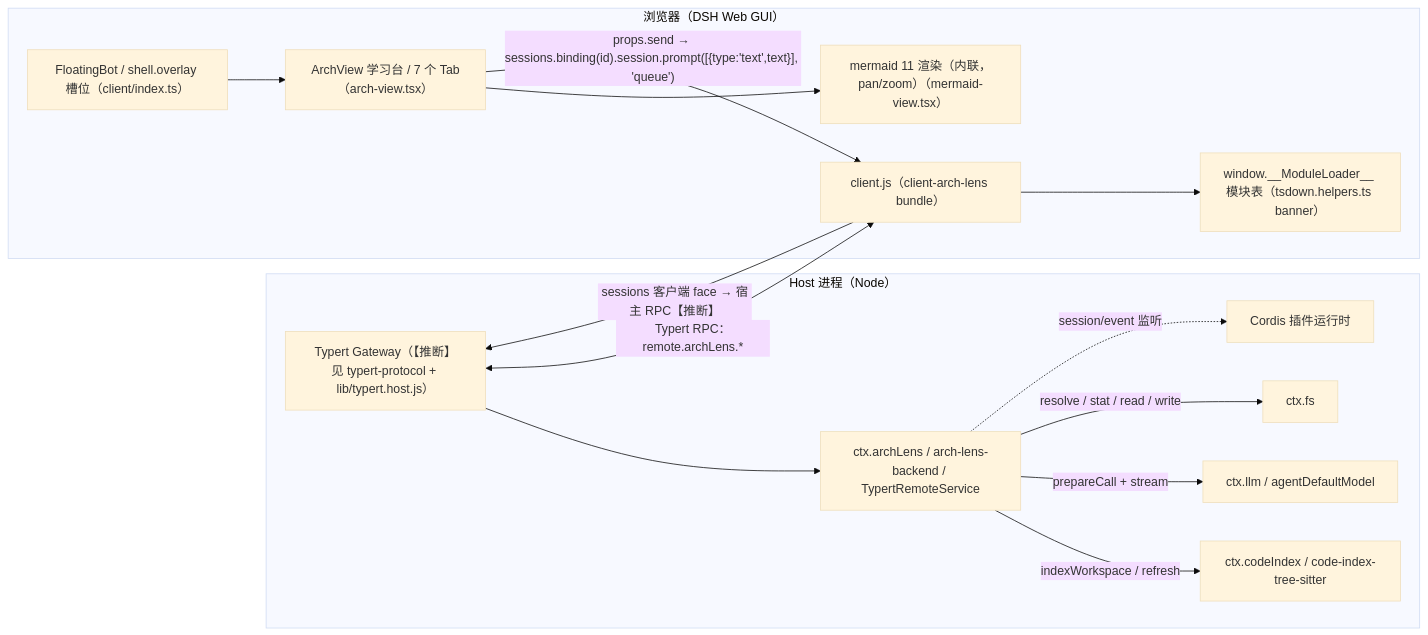
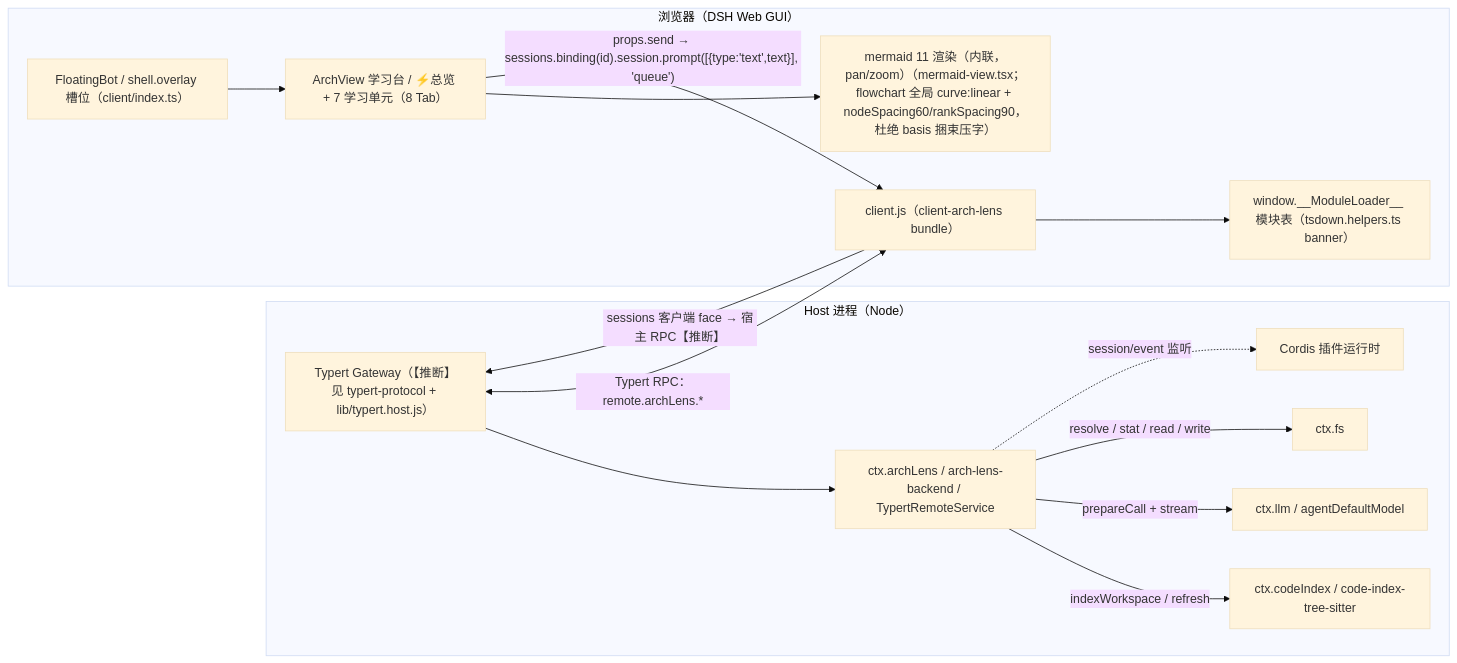
Before and after one commit to gwj001/arch-lens: the first of 13 diagrams in docs/arch-lens-diagrams.md, drawn with Mermaid (base theme). The commit also changed other lines of this file and 1 other file, not shown here.

````diff
--- a/docs/arch-lens-diagrams.md
+++ b/docs/arch-lens-diagrams.md
@@ -36,29 +37,29 @@
 ```mermaid
 flowchart LR
     subgraph HOST["Host 进程（Node）"]
         CORDIS["Cordis 插件运行时"]
         AL["ctx.archLens / arch-lens-backend / TypertRemoteService"]
         CI["ctx.codeIndex / code-index-tree-sitter"]
         LLM["ctx.llm / agentDefaultModel"]
         FS["ctx.fs"]
         GATEWAY["Typert Gateway（【推断】见 typert-protocol + lib/typert.host.js）"]
         AL -->|"indexWorkspace / refresh"| CI
         AL -->|"prepareCall + stream"| LLM
         AL -->|"resolve / stat / read / write"| FS
         AL -.->|"session/event 监听"| CORDIS
         GATEWAY --> AL
     end
     subgraph BROWSER["浏览器（DSH Web GUI）"]
         MOD["window.__ModuleLoader__ 模块表（tsdown.helpers.ts banner）"]
         CLIENT["client.js（client-arch-lens bundle）"]
         BOT["FloatingBot / shell.overlay 槽位（client/index.ts）"]
-        DESK["ArchView 学习台 / 7 个 Tab（arch-view.tsx）"]
-        MM["mermaid 11 渲染（内联，pan/zoom）（mermaid-view.tsx）"]
+        DESK["ArchView 学习台 / ⚡总览 + 7 学习单元（8 Tab）"]
+        MM["mermaid 11 渲染（内联，pan/zoom）（mermaid-view.tsx；flowchart 全局 curve:linear + nodeSpacing60/rankSpacing90，杜绝 basis 捆束压字）"]
         CLIENT --> MOD
         BOT --> DESK
         DESK --> MM
     end
     GATEWAY <-->|"Typert RPC：remote.archLens.*"| CLIENT
     DESK -->|"props.send → sessions.binding(id).session.prompt([{type:'text',text}], 'queue')"| CLIENT
     CLIENT -->|"sessions 客户端 face → 宿主 RPC【推断】"| GATEWAY
 ```
````
